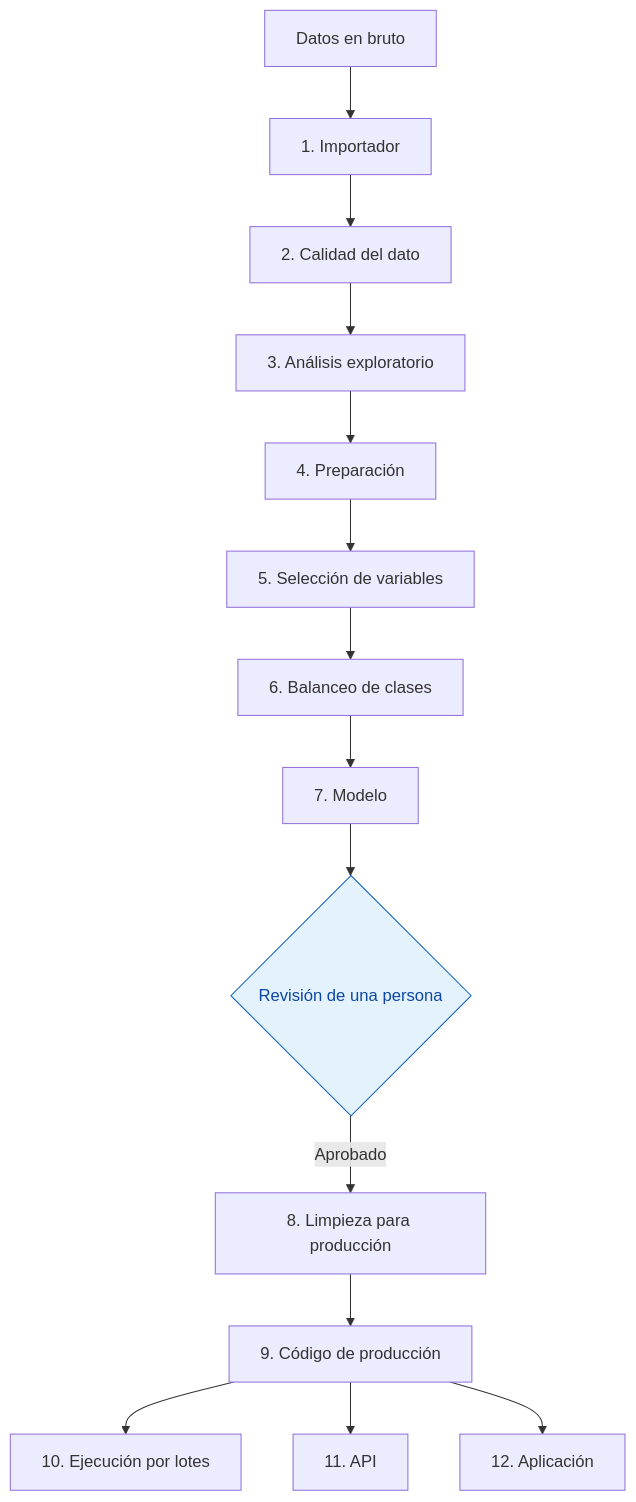
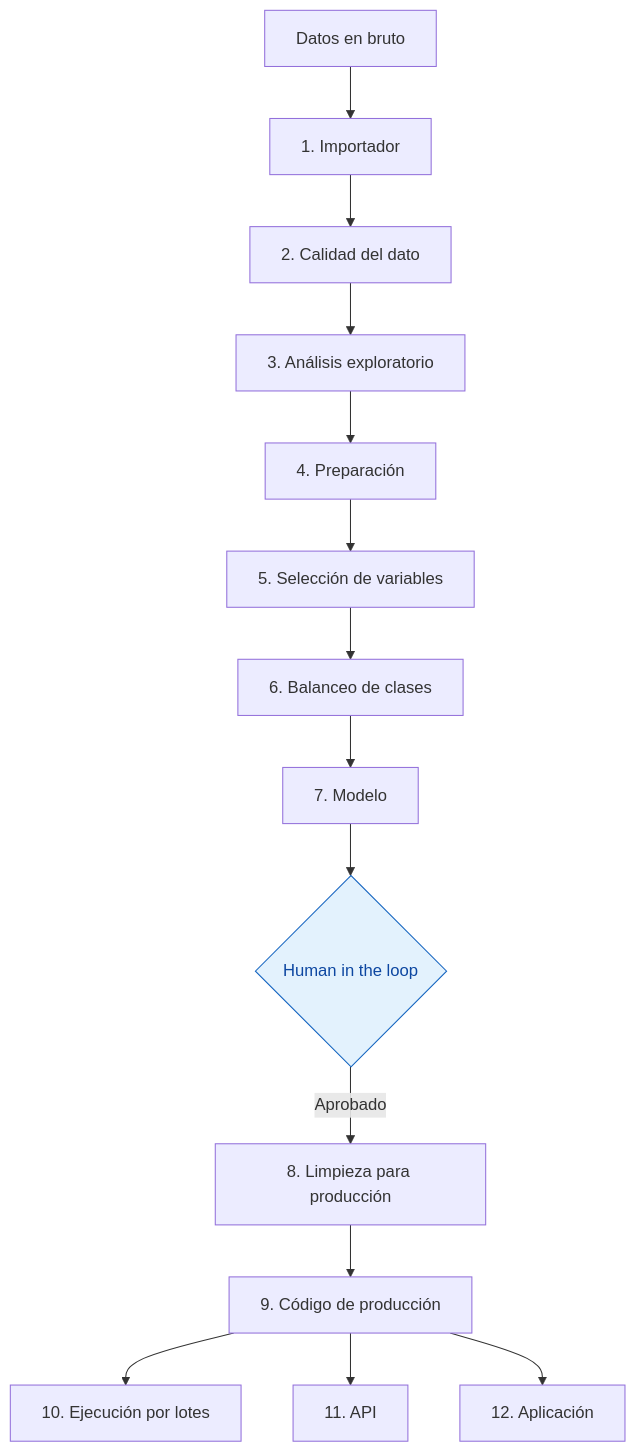
Before and after one commit to jleonceo/portfolio-juan-luis: the third of 3 diagrams in README.md, drawn with Mermaid. The commit also changed other lines of this file and 1 other file, not shown here.

First line of the commit message:
Esquemas: human in the loop en los cuatro puntos donde decide una persona

````diff
--- a/README.md
+++ b/README.md
@@ -83,18 +83,18 @@
 ```mermaid
 flowchart TD
     D[Datos en bruto] --> A1[1. Importador]
     A1 --> A2[2. Calidad del dato]
     A2 --> A3[3. Análisis exploratorio]
     A3 --> A4[4. Preparación]
     A4 --> A5[5. Selección de variables]
     A5 --> A6[6. Balanceo de clases]
     A6 --> A7[7. Modelo]
-    A7 --> P{Revisión de una persona}
+    A7 --> P{Human in the loop}
     P -->|Aprobado| A8[8. Limpieza para producción]
     A8 --> A9[9. Código de producción]
     A9 --> A10[10. Ejecución por lotes]
     A9 --> A11[11. API]
     A9 --> A12[12. Aplicación]
 
     style P fill:#e3f2fd,stroke:#1565c0,color:#0d47a1
 ```
````
